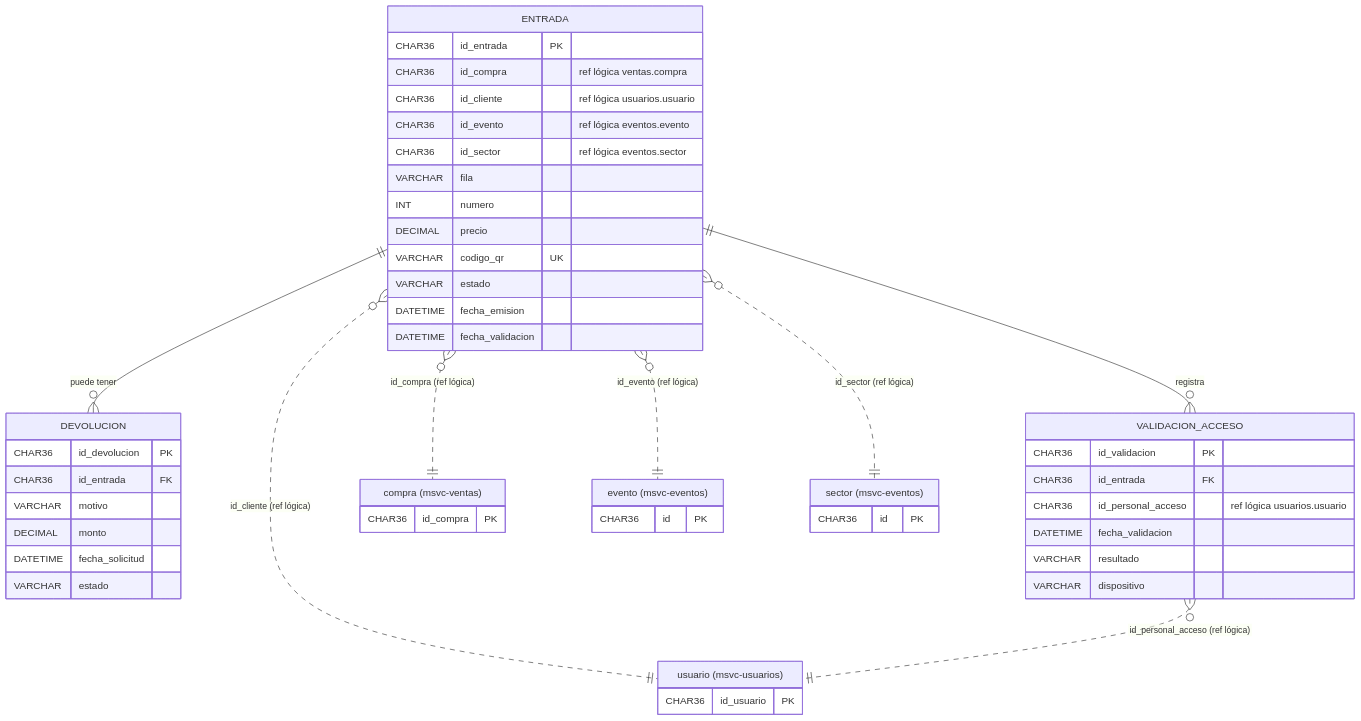
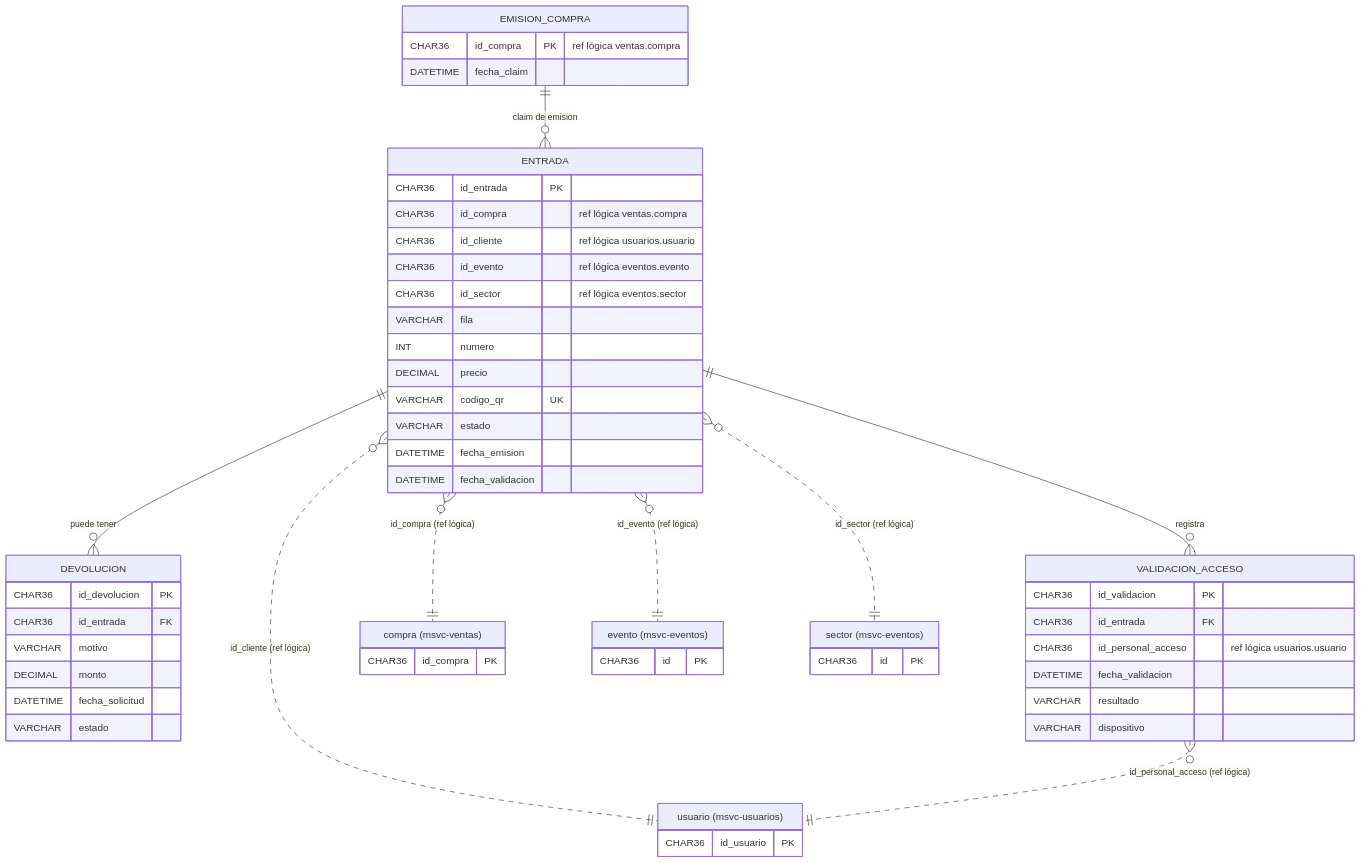
Before and after one commit to florAlar/ticketYa: the fourth of 5 diagrams in Backend/specs/diagramas/modelo-por-microservicio.md, drawn with Mermaid. The commit also changed 13 other files, not shown here.

````diff
--- a/Backend/specs/diagramas/modelo-por-microservicio.md
+++ b/Backend/specs/diagramas/modelo-por-microservicio.md
@@ -189,53 +189,58 @@
 ```mermaid
 erDiagram
     ENTRADA {
         CHAR36 id_entrada PK
         CHAR36 id_compra "ref lógica ventas.compra"
         CHAR36 id_cliente "ref lógica usuarios.usuario"
         CHAR36 id_evento "ref lógica eventos.evento"
         CHAR36 id_sector "ref lógica eventos.sector"
         VARCHAR fila
         INT numero
         DECIMAL precio
         VARCHAR codigo_qr UK
         VARCHAR estado
         DATETIME fecha_emision
         DATETIME fecha_validacion
+    }
+    EMISION_COMPRA {
+        CHAR36 id_compra PK "ref lógica ventas.compra"
+        DATETIME fecha_claim
     }
     DEVOLUCION {
         CHAR36 id_devolucion PK
         CHAR36 id_entrada FK
         VARCHAR motivo
         DECIMAL monto
         DATETIME fecha_solicitud
         VARCHAR estado
     }
     VALIDACION_ACCESO {
         CHAR36 id_validacion PK
         CHAR36 id_entrada FK
         CHAR36 id_personal_acceso "ref lógica usuarios.usuario"
         DATETIME fecha_validacion
         VARCHAR resultado
         VARCHAR dispositivo
     }
     EXT_COMPRA["compra (msvc-ventas)"] {
         CHAR36 id_compra PK
     }
     EXT_USUARIO["usuario (msvc-usuarios)"] {
         CHAR36 id_usuario PK
     }
     EXT_EVENTO["evento (msvc-eventos)"] {
         CHAR36 id PK
     }
     EXT_SECTOR["sector (msvc-eventos)"] {
         CHAR36 id PK
     }
 
     ENTRADA ||--o{ DEVOLUCION : "puede tener"
     ENTRADA ||--o{ VALIDACION_ACCESO : registra
+    EMISION_COMPRA ||--o{ ENTRADA : "claim de emision"
     ENTRADA }o..|| EXT_COMPRA : "id_compra (ref lógica)"
     ENTRADA }o..|| EXT_USUARIO : "id_cliente (ref lógica)"
     VALIDACION_ACCESO }o..|| EXT_USUARIO : "id_personal_acceso (ref lógica)"
     ENTRADA }o..|| EXT_EVENTO : "id_evento (ref lógica)"
     ENTRADA }o..|| EXT_SECTOR : "id_sector (ref lógica)"
 ```
````
